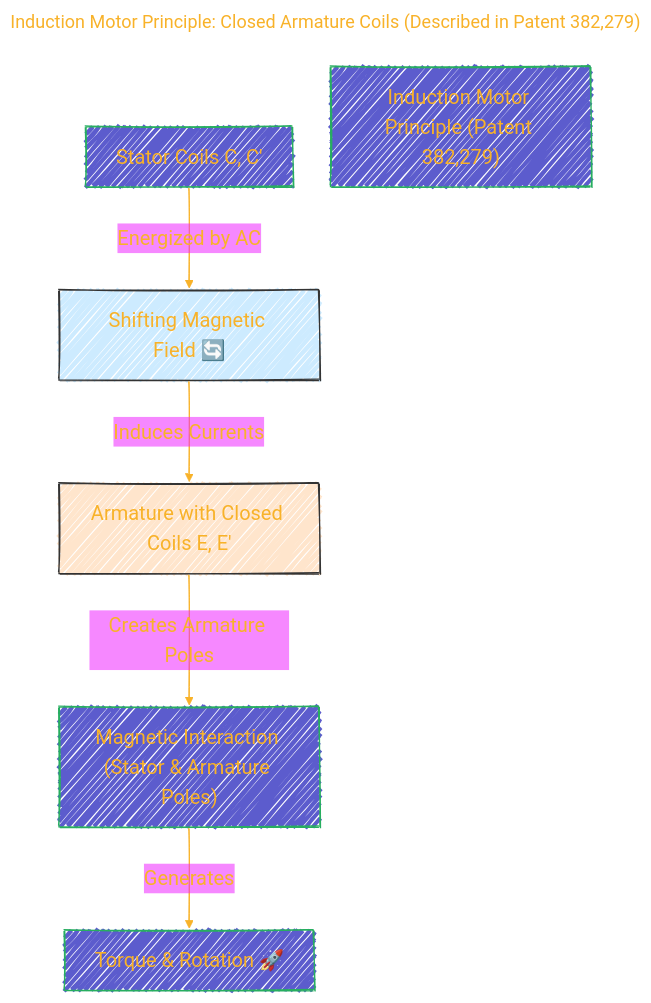
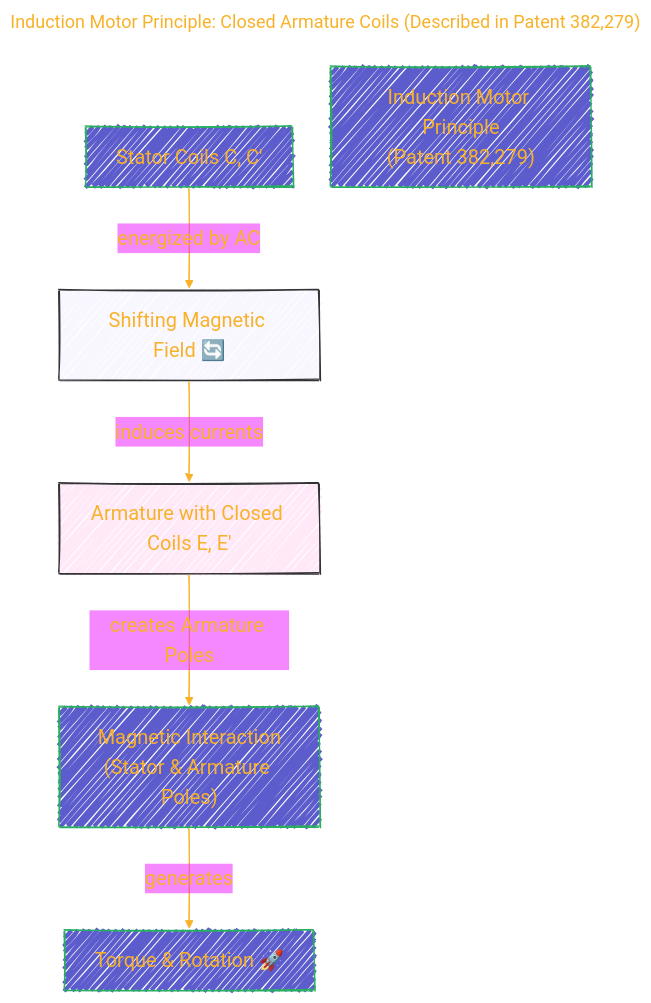
Before and after one commit to CongLeSolutionX/Nikola_Tesla: the sixth of 14 diagrams in BOOK_Transmission_of_Power_POLYPHASE_SYSTEM_Tesla_patents/BOOK_Transmission_of_Power_POLYPHASE_SYSTEM_Tesla_patents.md, drawn with Mermaid. The commit also changed other lines of this file, not shown here.

````diff
--- a/BOOK_Transmission_of_Power_POLYPHASE_SYSTEM_Tesla_patents/BOOK_Transmission_of_Power_POLYPHASE_SYSTEM_Tesla_patents.md
+++ b/BOOK_Transmission_of_Power_POLYPHASE_SYSTEM_Tesla_patents/BOOK_Transmission_of_Power_POLYPHASE_SYSTEM_Tesla_patents.md
@@ -380,42 +391,42 @@
 ```mermaid
 ---
 title: "Induction Motor Principle: Closed Armature Coils (Described in Patent 382,279)"
 author: "Cong Le"
 version: "1.0"
 license(s): "MIT, CC BY-SA 4.0"
 copyright: "Copyright (c) 2025 Cong Le. All Rights Reserved."
 config:
   layout: elk
   theme: base
   look: handDrawn
 ---
 %%%%%%%% Mermaid version v11.4.1-b.14
 %%%%%%%% Available curve styles include the following keywords:
 %% basis, bumpX, bumpY, cardinal, catmullRom, linear, monotoneX, monotoneY, natural, step, stepAfter, stepBefore.
 %%{
   init: {
     'flowchart': { 'htmlLabels': true, 'curve': 'basis' },
     'fontFamily': 'American Typewriter, monospace',
     'logLevel': 'fatal',
     'themeVariables': {
       'primaryColor': '#22BB',
       'primaryTextColor': '#F8B229',
       'lineColor': '#F8B229',
       'primaryBorderColor': '#27AE60',
       'secondaryColor': '#E2F1',
       'secondaryTextColor': '#6C3483',
       'secondaryBorderColor': '#A569BD',
       'fontSize': '20px'
     }
   }
 }%%
 flowchart TD
-    Stator[Stator Coils C, C'] -- Energized by AC --> ShiftingMagField["Shifting Magnetic Field 🔄"];
-    ShiftingMagField -- Induces Currents --> ArmatureClosedCoils["Armature with Closed Coils E, E'"];
-    ArmatureClosedCoils -- Creates Armature Poles --> Interaction["Magnetic Interaction (Stator & Armature Poles)"];
-    Interaction -- Generates --> Torque["Torque & Rotation 🚀"];
-    Title2["Induction Motor Principle (Patent 382,279)"]
+    Stator[Stator Coils C, C'] -- energized by AC --> ShiftingMagField["Shifting Magnetic Field 🔄"]
+    ShiftingMagField -- induces currents --> ArmatureClosedCoils["Armature with Closed Coils E, E'"]
+    ArmatureClosedCoils -- creates Armature Poles --> Interaction["Magnetic Interaction<br/>(Stator & Armature Poles)"]
+    Interaction -- generates --> Torque["Torque & Rotation 🚀"];
+    Title2["Induction Motor Principle<br/>(Patent 382,279)"]
 
-    style ShiftingMagField fill:#CDEBFF,stroke:#333
-    style ArmatureClosedCoils fill:#FFE5CC,stroke:#333
+    style ShiftingMagField fill:#CBF2,stroke:#333
+    style ArmatureClosedCoils fill:#F5C2,stroke:#333
 ```
````
